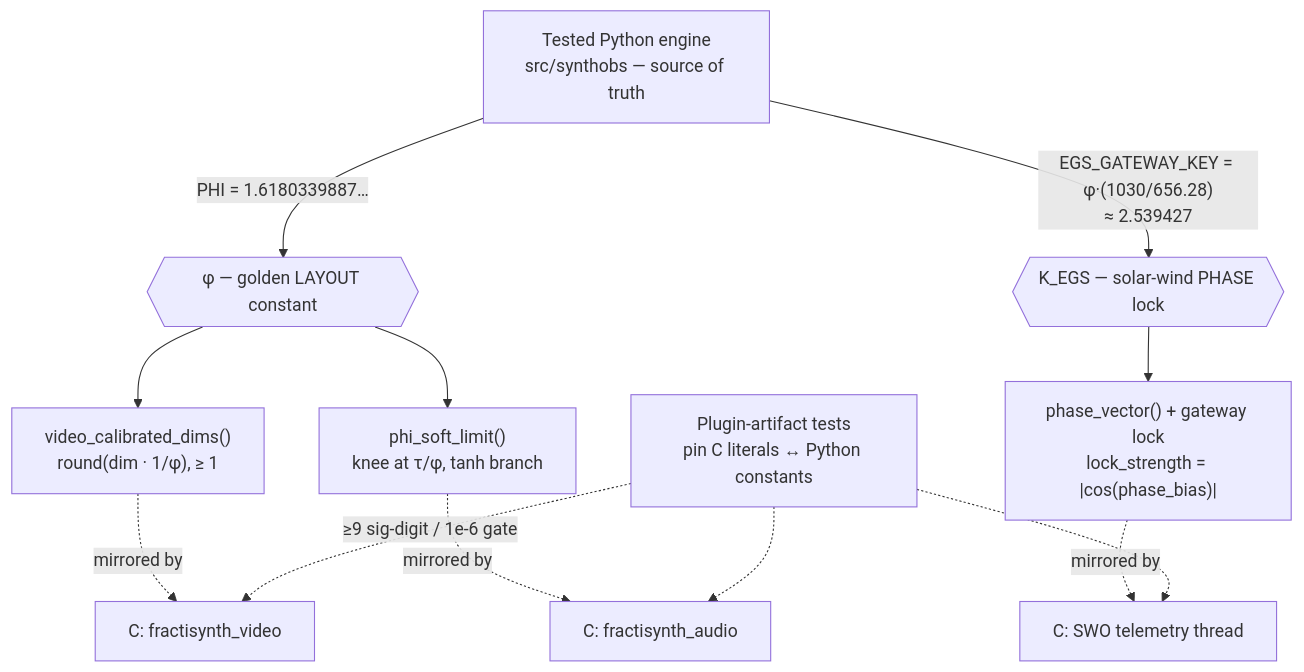
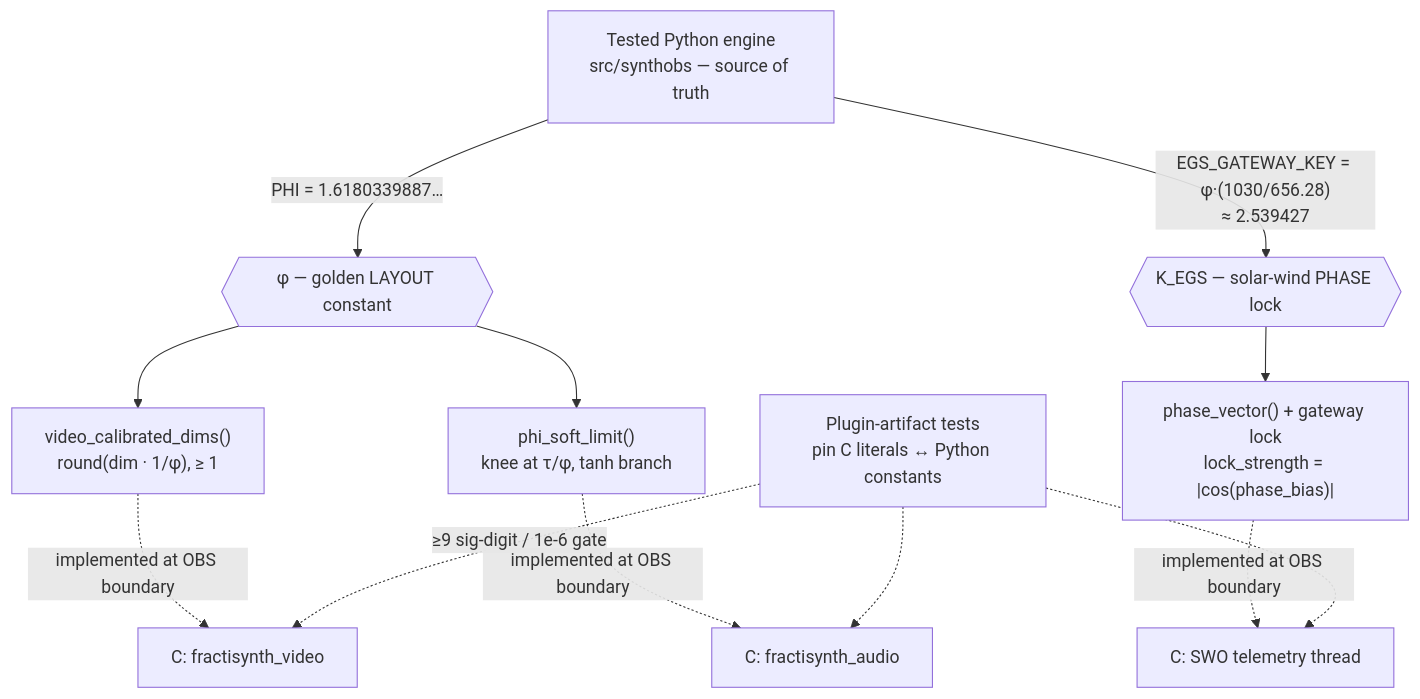
The diagram in manuscript/04_fractisynth.md (docxology/SynthOBS), drawn with Mermaid before and after one commit. The commit also changed other lines of this file and 90 other files, not shown here.

````diff
--- a/manuscript/04_fractisynth.md
+++ b/manuscript/04_fractisynth.md
@@ -71,19 +78,19 @@
 ```mermaid
 flowchart TB
     SRC["Tested Python engine<br/>src/synthobs — source of truth"]
     SRC -->|"PHI = 1.6180339887…"| PHI{{"φ — golden LAYOUT constant"}}
     SRC -->|"EGS_GATEWAY_KEY = φ·(1030/656.28)<br/>≈ 2.539427"| KEGS{{"K_EGS — solar-wind PHASE lock"}}
 
     PHI --> V["video_calibrated_dims()<br/>round(dim · 1/φ), ≥ 1"]
     PHI --> A["phi_soft_limit()<br/>knee at τ/φ, tanh branch"]
     KEGS --> S["phase_vector() + gateway lock<br/>lock_strength = |cos(phase_bias)|"]
 
-    V -.->|"mirrored by"| CV["C: fractisynth_video"]
-    A -.->|"mirrored by"| CA["C: fractisynth_audio"]
-    S -.->|"mirrored by"| CS["C: SWO telemetry thread"]
+    V -.->|"implemented at OBS boundary"| CV["C: fractisynth_video"]
+    A -.->|"implemented at OBS boundary"| CA["C: fractisynth_audio"]
+    S -.->|"implemented at OBS boundary"| CS["C: SWO telemetry thread"]
 
     LIT["Plugin-artifact tests<br/>pin C literals ↔ Python constants"]
     LIT -.->|"≥9 sig-digit / 1e-6 gate"| CV
     LIT -.-> CA
     LIT -.-> CS
 ```
````
